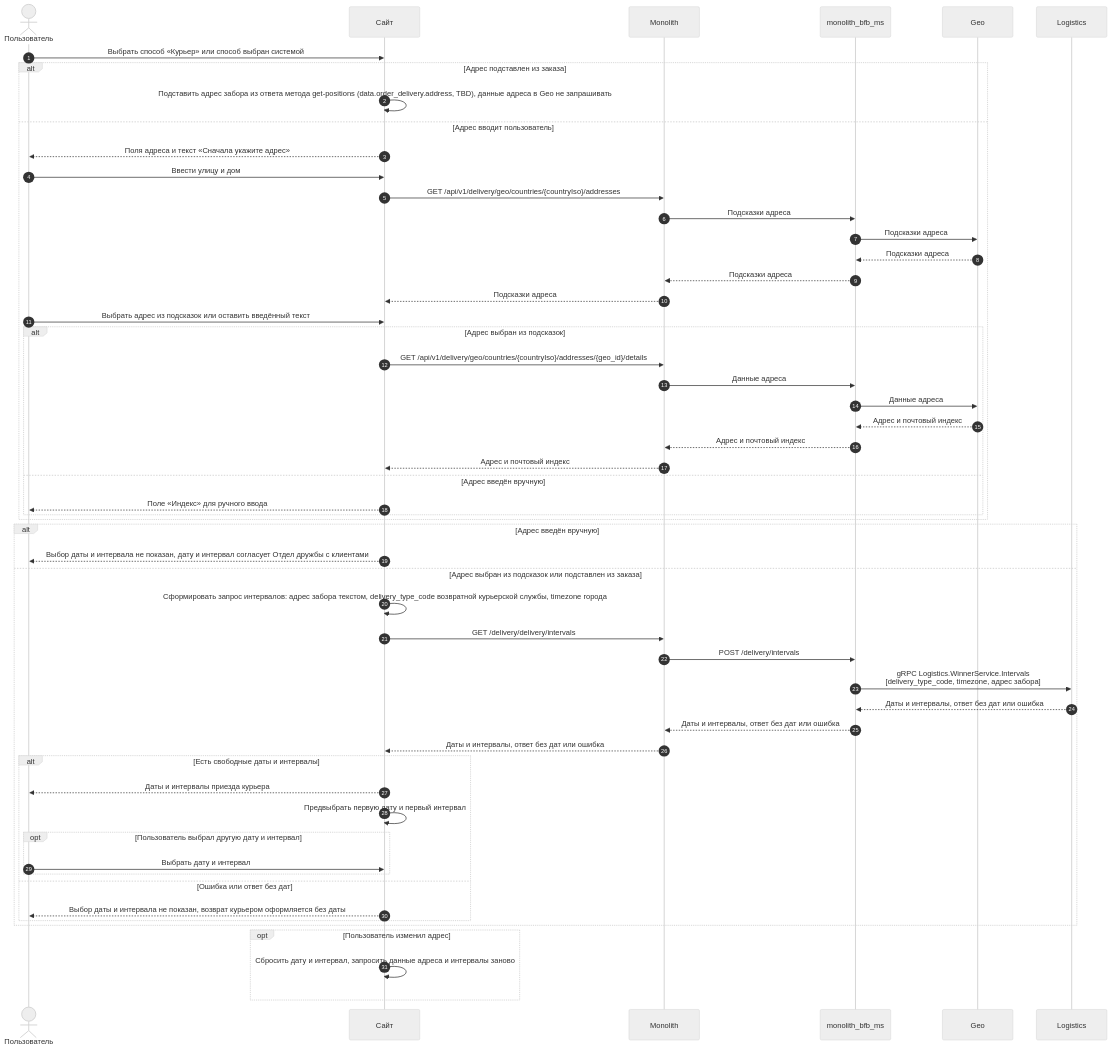
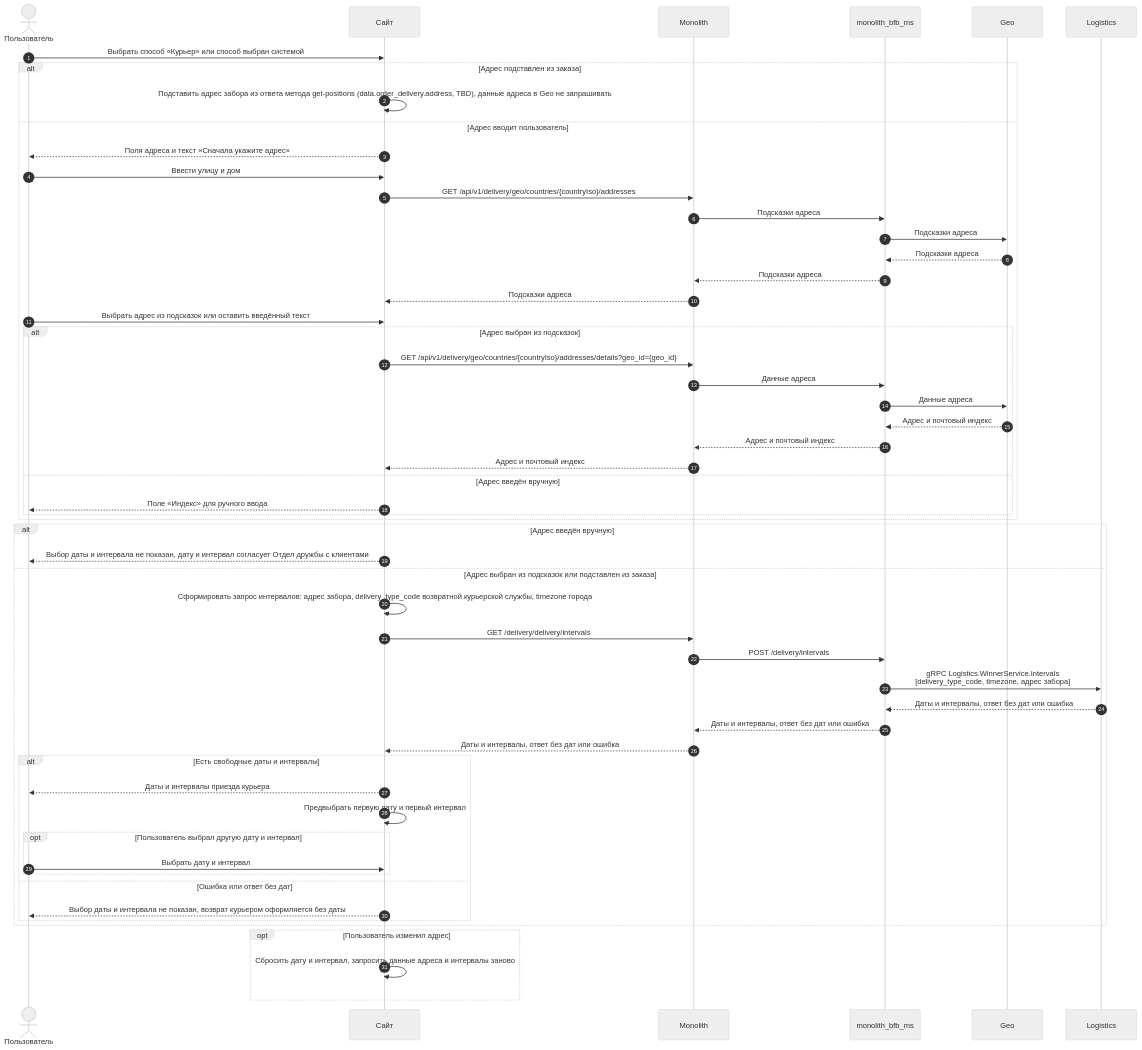
The ninth of 23 diagrams in projects/returns-2.0/requirements/srs/srs-web-mvp.md (Terinss155/opencode-agents-analysis), drawn with Mermaid (neutral theme) before and after one commit. The commit also changed other lines of this file and 371 other files, not shown here.

````diff
--- a/projects/returns-2.0/requirements/srs/srs-web-mvp.md
+++ b/projects/returns-2.0/requirements/srs/srs-web-mvp.md
@@ -599,59 +600,59 @@
 ```mermaid
 sequenceDiagram
     autonumber
     actor U as Пользователь
     participant WEB as Сайт
     participant MON as Monolith
     participant BFB as monolith_bfb_ms
     participant GEO as Geo
     participant LOG as Logistics
 
     U->>WEB: Выбрать способ «Курьер» или способ выбран системой
     alt Адрес подставлен из заказа
         WEB->>WEB: Подставить адрес забора из ответа метода get-positions (data.order_delivery.address, TBD), данные адреса в Geo не запрашивать
     else Адрес вводит пользователь
         WEB-->>U: Поля адреса и текст «Сначала укажите адрес»
         U->>WEB: Ввести улицу и дом
         WEB->>MON: GET /api/v1/delivery/geo/countries/{countryIso}/addresses
         MON->>BFB: Подсказки адреса
         BFB->>GEO: Подсказки адреса
         GEO-->>BFB: Подсказки адреса
         BFB-->>MON: Подсказки адреса
         MON-->>WEB: Подсказки адреса
         U->>WEB: Выбрать адрес из подсказок или оставить введённый текст
         alt Адрес выбран из подсказок
-            WEB->>MON: GET /api/v1/delivery/geo/countries/{countryIso}/addresses/{geo_id}/details
+            WEB->>MON: GET /api/v1/delivery/geo/countries/{countryIso}/addresses/details?geo_id={geo_id}
             MON->>BFB: Данные адреса
             BFB->>GEO: Данные адреса
             GEO-->>BFB: Адрес и почтовый индекс
             BFB-->>MON: Адрес и почтовый индекс
             MON-->>WEB: Адрес и почтовый индекс
         else Адрес введён вручную
             WEB-->>U: Поле «Индекс» для ручного ввода
         end
     end
     alt Адрес введён вручную
         WEB-->>U: Выбор даты и интервала не показан, дату и интервал согласует Отдел дружбы с клиентами
     else Адрес выбран из подсказок или подставлен из заказа
-        WEB->>WEB: Сформировать запрос интервалов: адрес забора текстом, delivery_type_code возвратной курьерской службы, timezone города
+        WEB->>WEB: Сформировать запрос интервалов: адрес забора, delivery_type_code возвратной курьерской службы, timezone города
         WEB->>MON: GET /delivery/delivery/intervals
         MON->>BFB: POST /delivery/intervals
         BFB->>LOG: gRPC Logistics.WinnerService.Intervals<br>[delivery_type_code, timezone, адрес забора]
         LOG-->>BFB: Даты и интервалы, ответ без дат или ошибка
         BFB-->>MON: Даты и интервалы, ответ без дат или ошибка
         MON-->>WEB: Даты и интервалы, ответ без дат или ошибка
         alt Есть свободные даты и интервалы
             WEB-->>U: Даты и интервалы приезда курьера
             WEB->>WEB: Предвыбрать первую дату и первый интервал
             opt Пользователь выбрал другую дату и интервал
                 U->>WEB: Выбрать дату и интервал
             end
         else Ошибка или ответ без дат
             WEB-->>U: Выбор даты и интервала не показан, возврат курьером оформляется без даты
         end
     end
 
     opt Пользователь изменил адрес
         WEB->>WEB: Сбросить дату и интервал, запросить данные адреса и интервалы заново
     end
 ```
````
